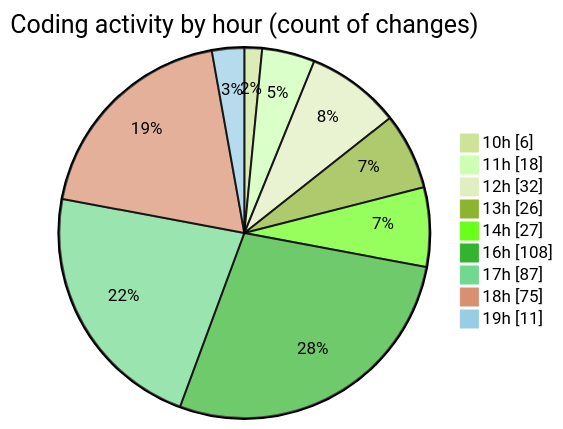
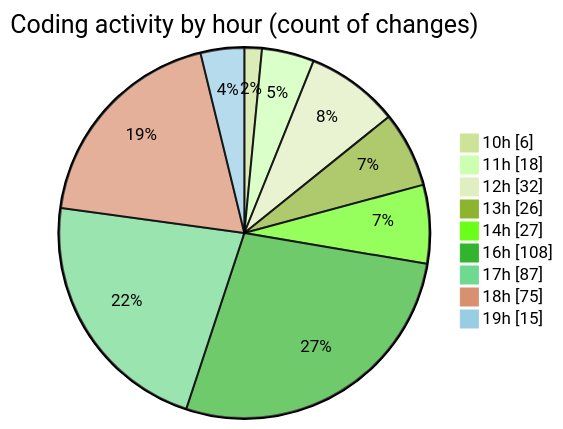
Before and after one commit to momahboobian/code-tracking: the second of 2 diagrams in 2026-09-03/cda/README.md, drawn with Mermaid (forest theme). The commit also changed other lines of this file and 1 other file, not shown here.

````diff
--- a/2026-09-03/cda/README.md
+++ b/2026-09-03/cda/README.md
@@ -128,13 +130,13 @@
 ```mermaid
 pie showData
 title Coding activity by hour (count of changes)
 "10h" : 6
 "11h" : 18
 "12h" : 32
 "13h" : 26
 "14h" : 27
 "16h" : 108
 "17h" : 87
 "18h" : 75
-"19h" : 11
+"19h" : 15
 ```
````
